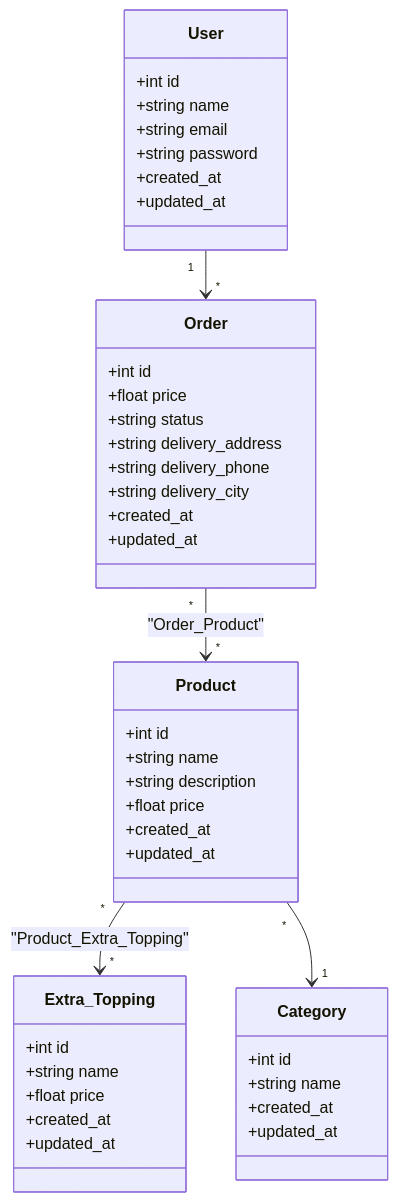
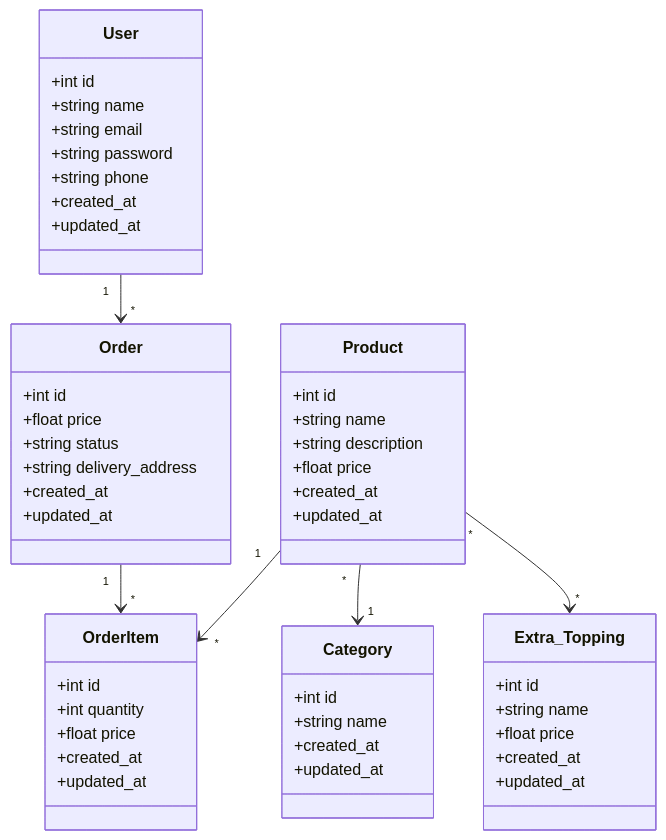
The diagram in Design/Class_Diagram.mmd (Suirita/Tg_pizza), drawn with Mermaid before and after one commit.

Commit message:
fixing class diagram

```diff
--- a/Design/Class_Diagram.mmd
+++ b/Design/Class_Diagram.mmd
@@ -1,49 +1,57 @@
 classDiagram
   class User {
     +int id
     +string name
     +string email
     +string password
+    +string phone
     +created_at
     +updated_at
   }
 
   class Order {
     +int id
     +float price
     +string status
     +string delivery_address
-    +string delivery_phone
-    +string delivery_city
+    +created_at
+    +updated_at
+  }
+
+  class OrderItem {
+    +int id
+    +int quantity
+    +float price
     +created_at
     +updated_at
   }
 
   class Product {
     +int id
     +string name
     +string description
     +float price
     +created_at
     +updated_at
   }
 
   class Extra_Topping {
     +int id
     +string name
     +float price
     +created_at
     +updated_at
   }
 
   class Category {
     +int id
     +string name
     +created_at
     +updated_at
   }
 
   User "1" --> "*" Order
-  Order "*" --> "*" Product : "Order_Product"
-  Product "*" --> "*" Extra_Topping : "Product_Extra_Topping"
+  Order "1" --> "*" OrderItem
+  Product "1" --> "*" OrderItem
   Product "*" --> "1" Category
+  Product "*" --> "*" Extra_Topping
```
